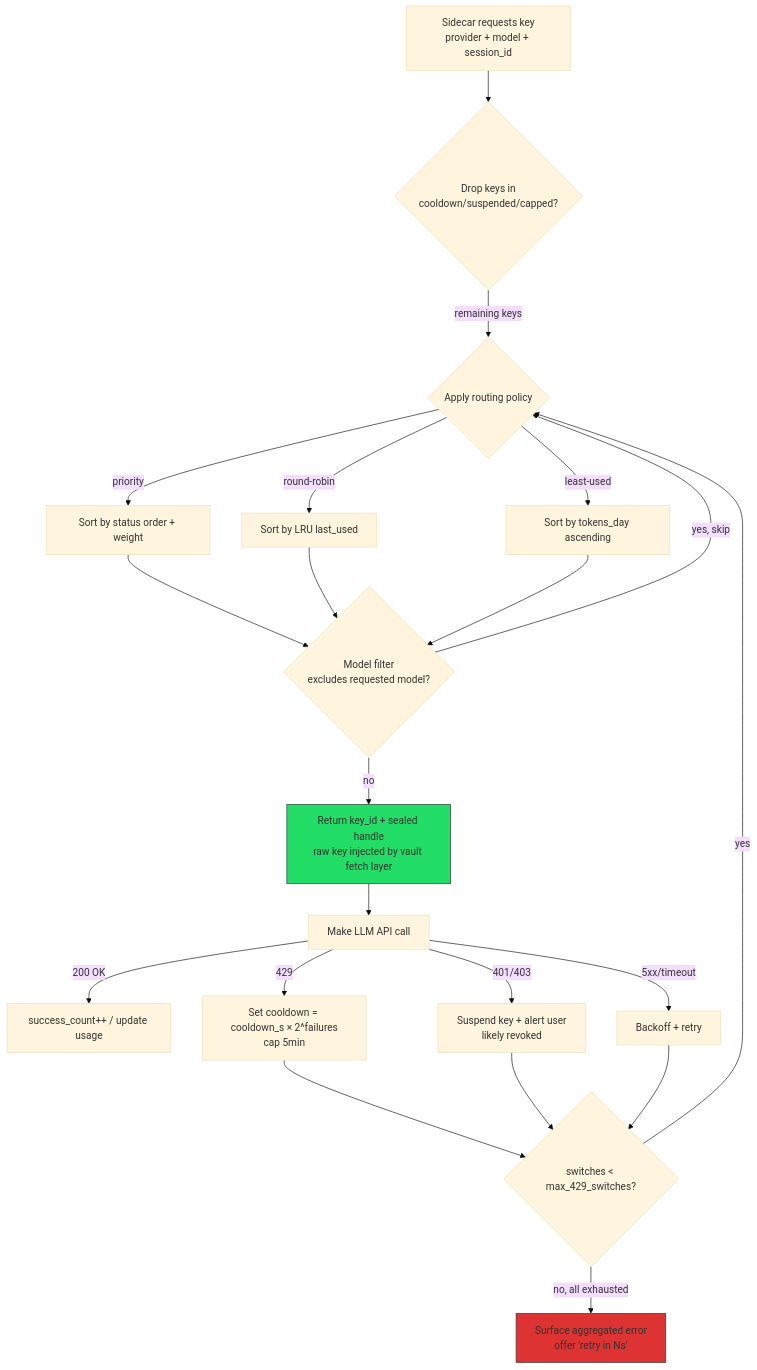
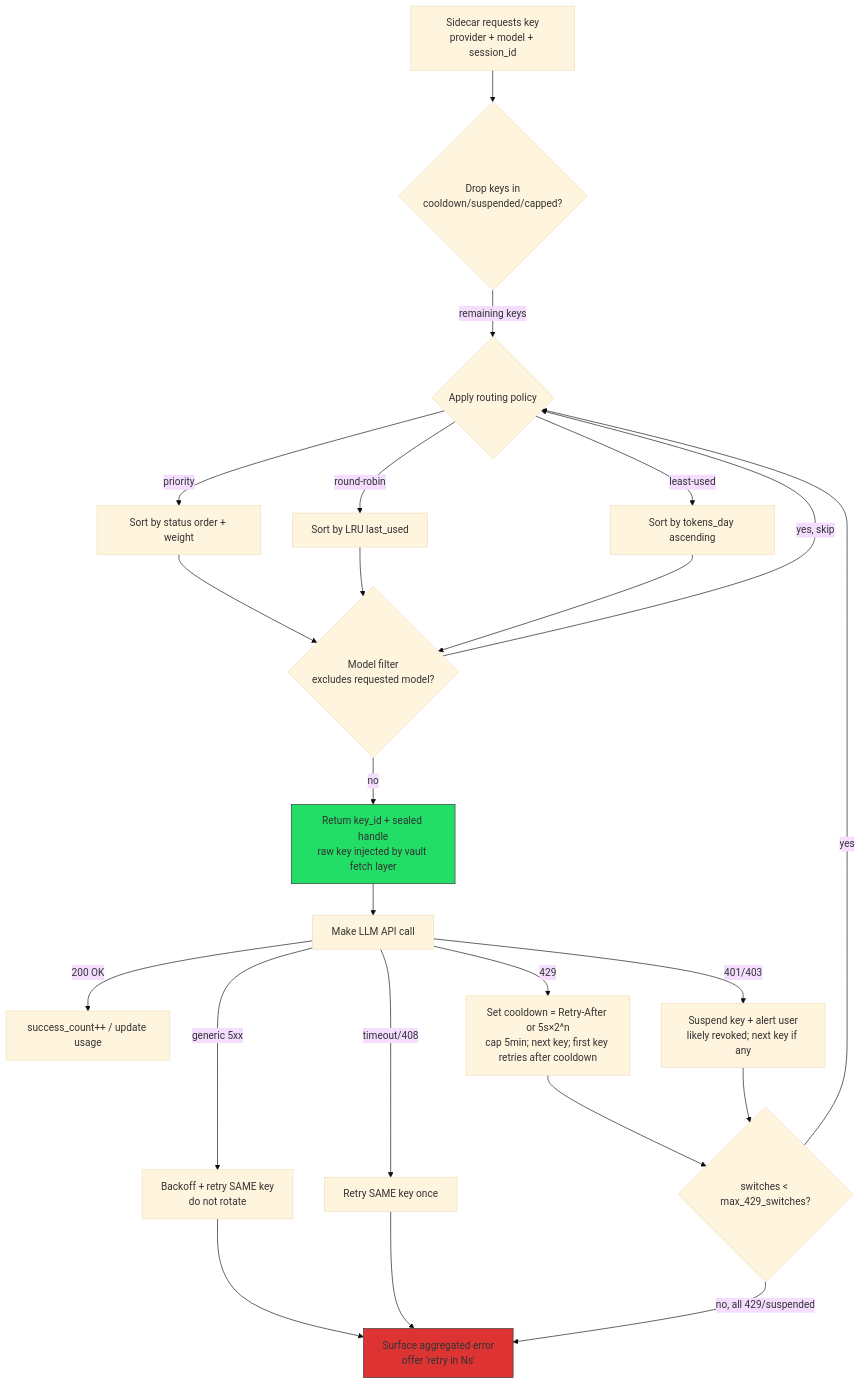
Before and after one commit to sarv-projects/EveryAIOS: the third of 26 diagrams in ARCH/DIAGRAMS.md, drawn with Mermaid (base theme). The commit also changed other lines of this file and 23 other files, not shown here.

````diff
--- a/ARCH/DIAGRAMS.md
+++ b/ARCH/DIAGRAMS.md
@@ -137,26 +137,28 @@
 ```mermaid
 flowchart TD
     A[Sidecar requests key<br/>provider + model + session_id] --> B{Drop keys in<br/>cooldown/suspended/capped?}
     B -->|remaining keys| C{Apply routing policy}
     C -->|priority| D[Sort by status order + weight]
     C -->|round-robin| E[Sort by LRU last_used]
     C -->|least-used| F[Sort by tokens_day ascending]
     D --> G{Model filter<br/>excludes requested model?}
     E --> G
     F --> G
     G -->|yes, skip| C
     G -->|no| H[Return key_id + sealed handle<br/>raw key injected by vault fetch layer]
     H --> I[Make LLM API call]
     I -->|200 OK| J[success_count++ / update usage]
-    I -->|429| K[Set cooldown = cooldown_s × 2^failures<br/>cap 5min]
-    I -->|401/403| L[Suspend key + alert user<br/>likely revoked]
-    I -->|5xx/timeout| M[Backoff + retry]
+    I -->|429| K[Set cooldown = Retry-After or 5s×2^n<br/>cap 5min; next key; first key retries after cooldown]
+    I -->|401/403| L[Suspend key + alert user<br/>likely revoked; next key if any]
+    I -->|generic 5xx| M[Backoff + retry SAME key<br/>do not rotate]
+    I -->|timeout/408| T[Retry SAME key once]
     K --> N{switches < max_429_switches?}
     L --> N
-    M --> N
+    M --> O[Surface error if same-key retries exhausted]
+    T --> O
     N -->|yes| C
-    N -->|no, all exhausted| O[Surface aggregated error<br/>offer 'retry in Ns']
+    N -->|no, all 429/suspended| O[Surface aggregated error<br/>offer 'retry in Ns']
 
     style H fill:#2d6,stroke:#333
     style O fill:#d33,stroke:#333
 ```
````
